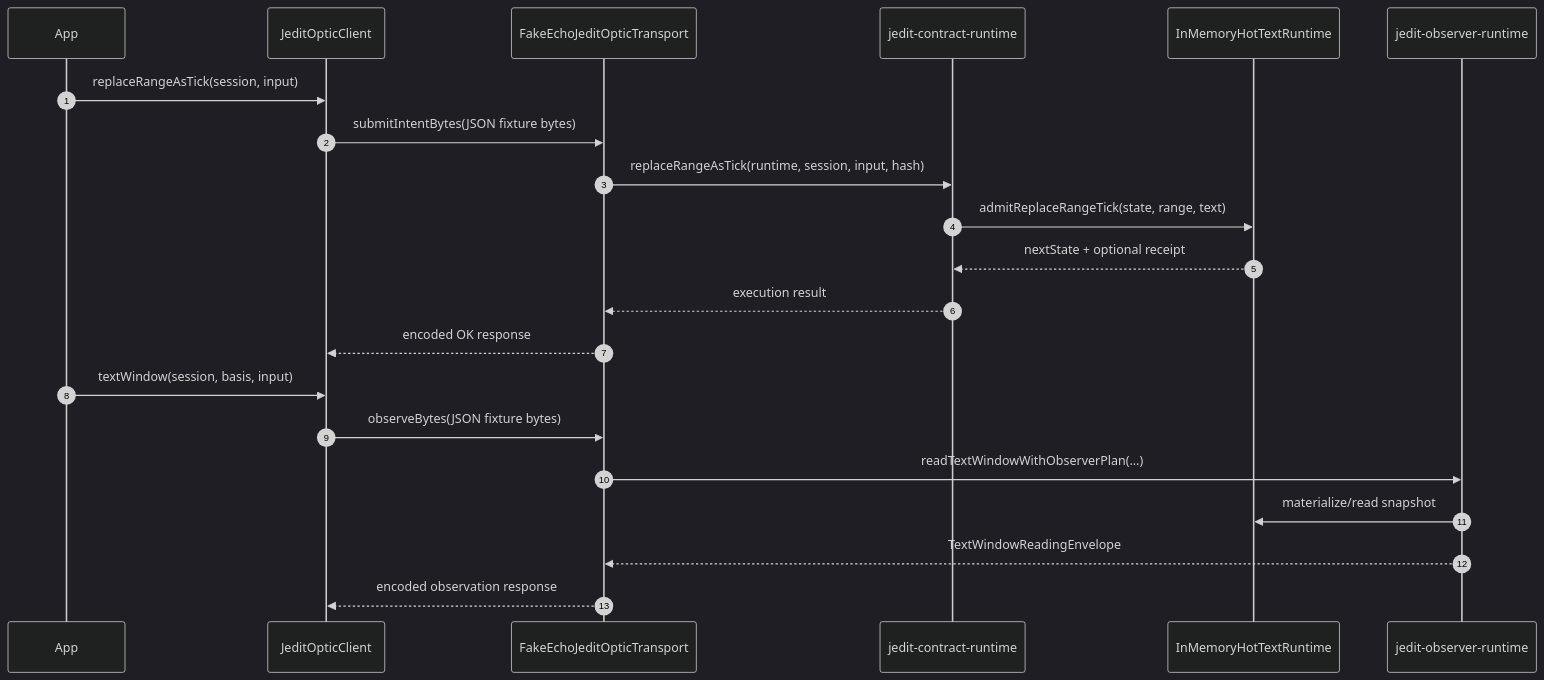
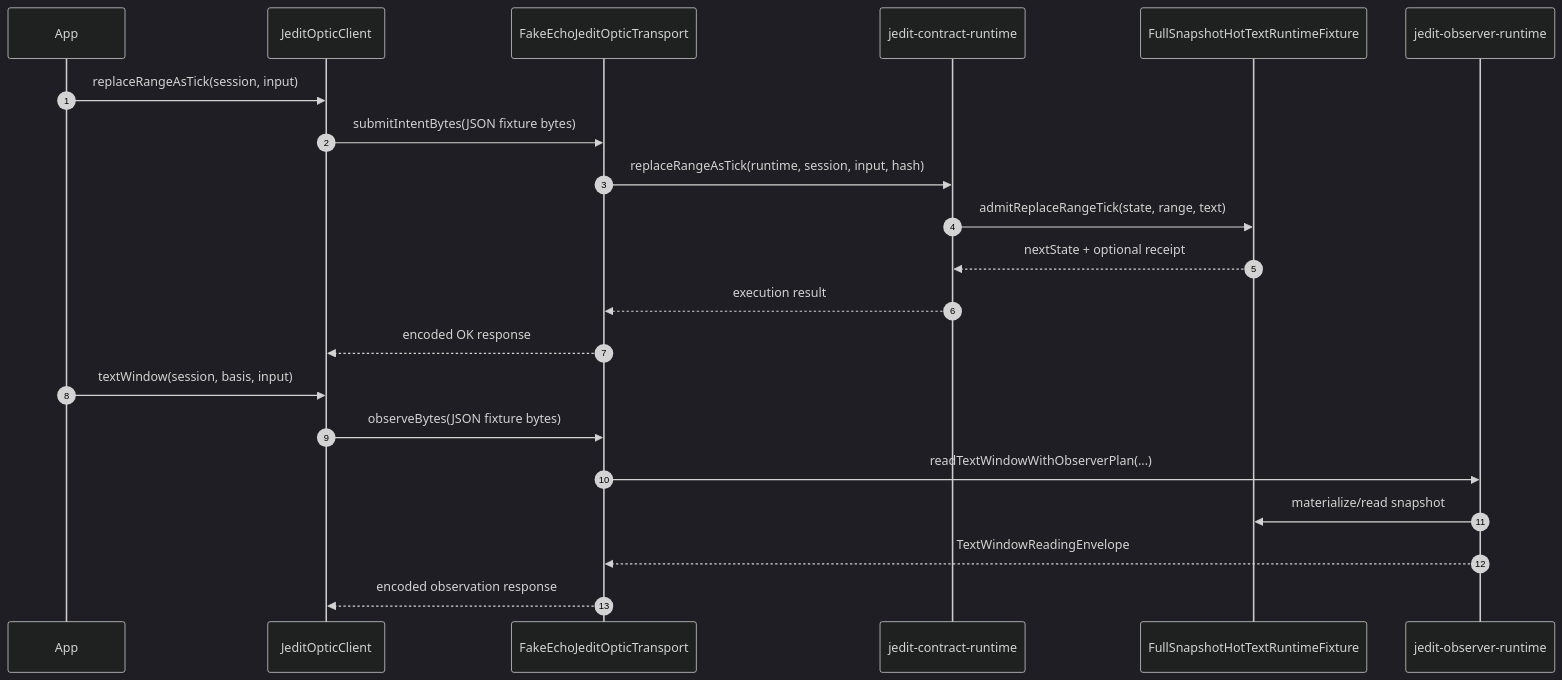
Before and after one commit to flyingrobots/jedit: the tenth of 15 diagrams in docs/jedit-echo-end-to-end.md, drawn with Mermaid (dark theme). The commit also changed other lines of this file and 29 other files, not shown here.

Commit message:
Fix: quarantine full snapshot text runtime

````diff
--- a/docs/jedit-echo-end-to-end.md
+++ b/docs/jedit-echo-end-to-end.md
@@ -733,25 +733,25 @@
 ```mermaid
 sequenceDiagram
   autonumber
   participant App
   participant Client as JeditOpticClient
   participant Fake as FakeEchoJeditOpticTransport
   participant Contract as jedit-contract-runtime
-  participant Memory as InMemoryHotTextRuntime
+  participant Memory as FullSnapshotHotTextRuntimeFixture
   participant Observer as jedit-observer-runtime
 
   App->>Client: replaceRangeAsTick(session, input)
   Client->>Fake: submitIntentBytes(JSON fixture bytes)
   Fake->>Contract: replaceRangeAsTick(runtime, session, input, hash)
   Contract->>Memory: admitReplaceRangeTick(state, range, text)
   Memory-->>Contract: nextState + optional receipt
   Contract-->>Fake: execution result
   Fake-->>Client: encoded OK response
 
   App->>Client: textWindow(session, basis, input)
   Client->>Fake: observeBytes(JSON fixture bytes)
   Fake->>Observer: readTextWindowWithObserverPlan(...)
   Observer->>Memory: materialize/read snapshot
   Observer-->>Fake: TextWindowReadingEnvelope
   Fake-->>Client: encoded observation response
 ```
````
